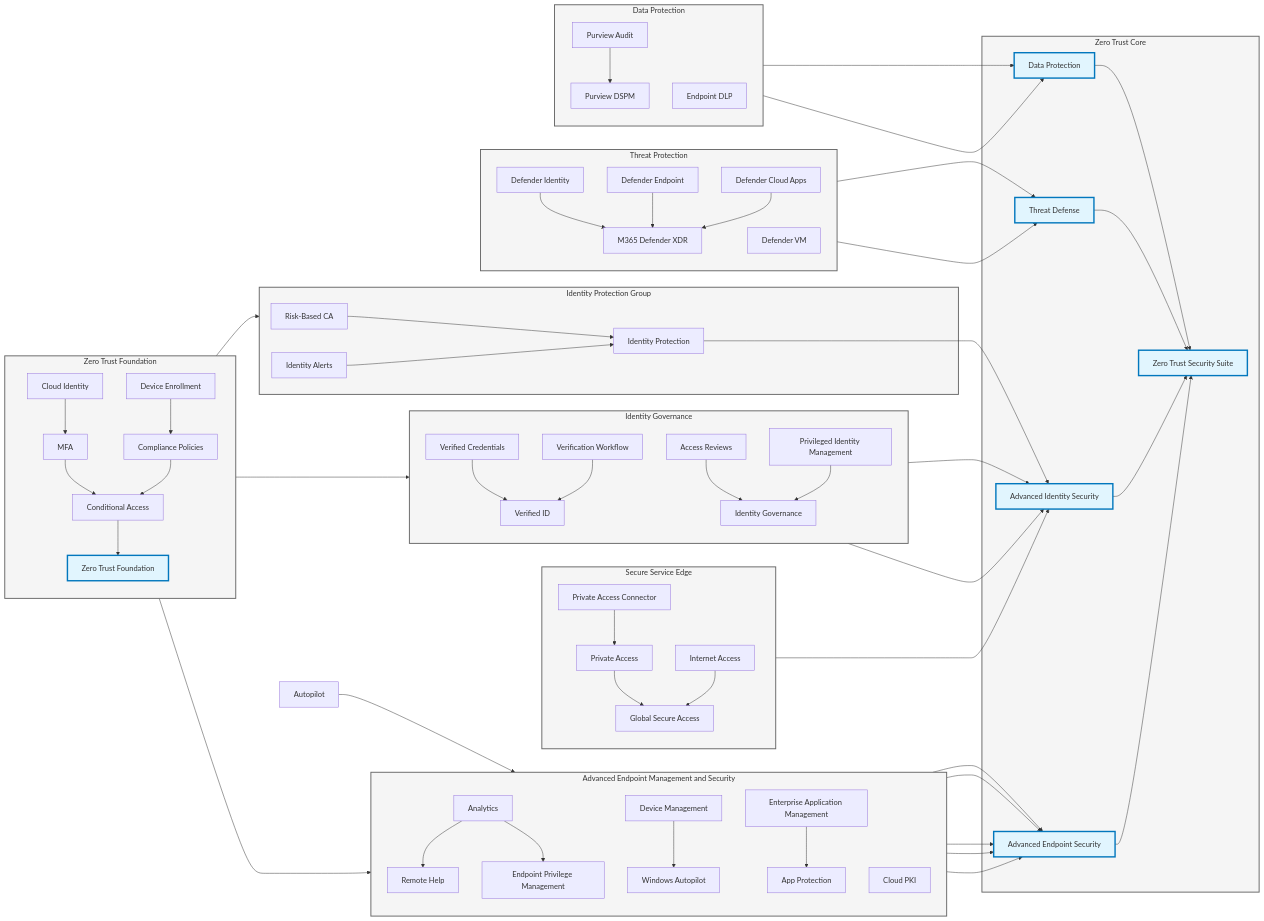
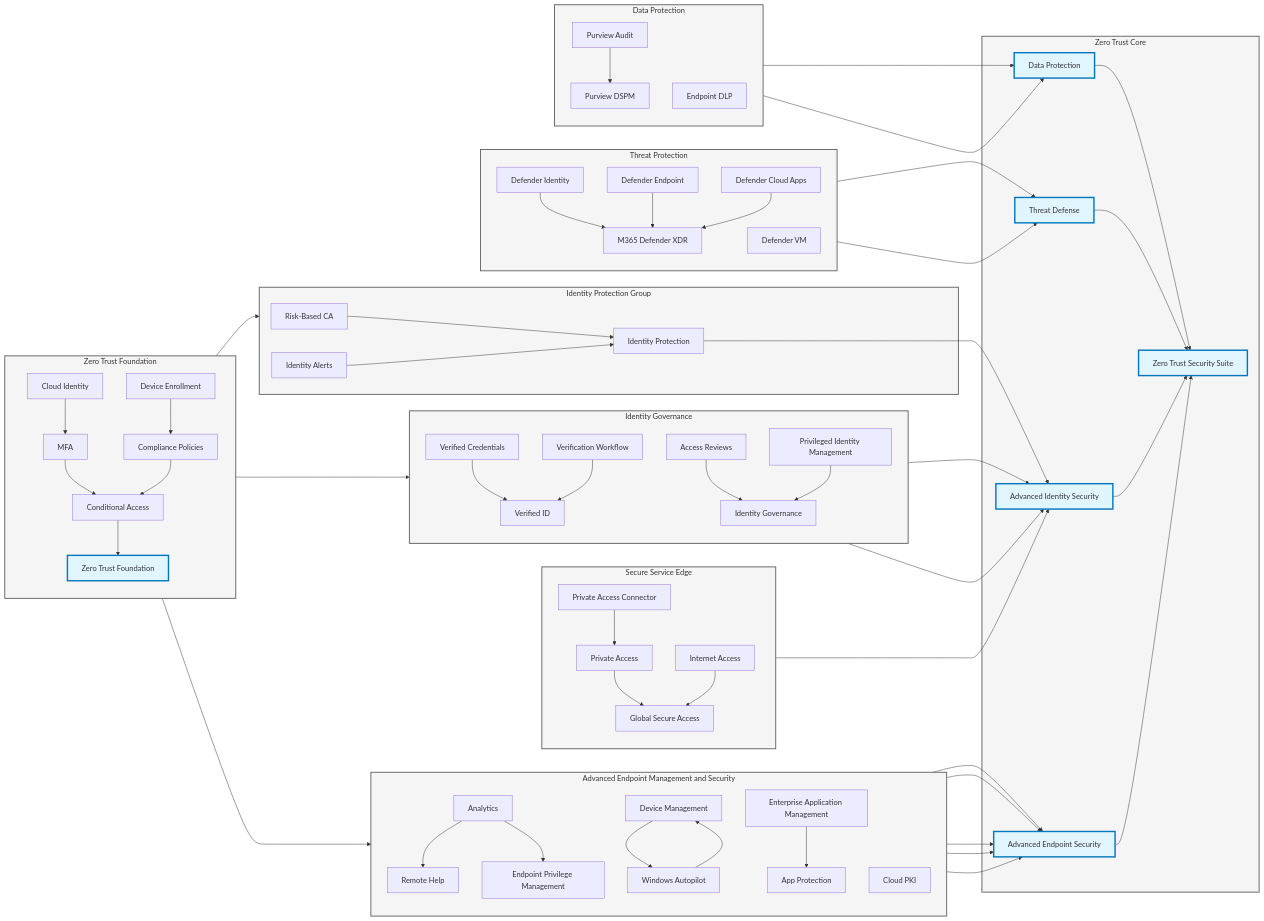
Before and after one commit to jessesuna/SecDepGuidance: the diagram in DetailedDiagram.md, drawn with Mermaid. The commit also changed 1 other file, not shown here.

```diff
--- a/DetailedDiagram.md
+++ b/DetailedDiagram.md
@@ -159,7 +159,7 @@
                 EndpointAnalytics --> IntuneSuite
                 AppManagement --> IntuneSuite
                 Cloudpki --> IntuneSuite
-                Autopilot --> SpecializedDevices
+                AutoPilot --> SpecializedDevices
                 RemoteHelp --> IntuneSuite
                 EPM --> IntuneSuite
 
```
